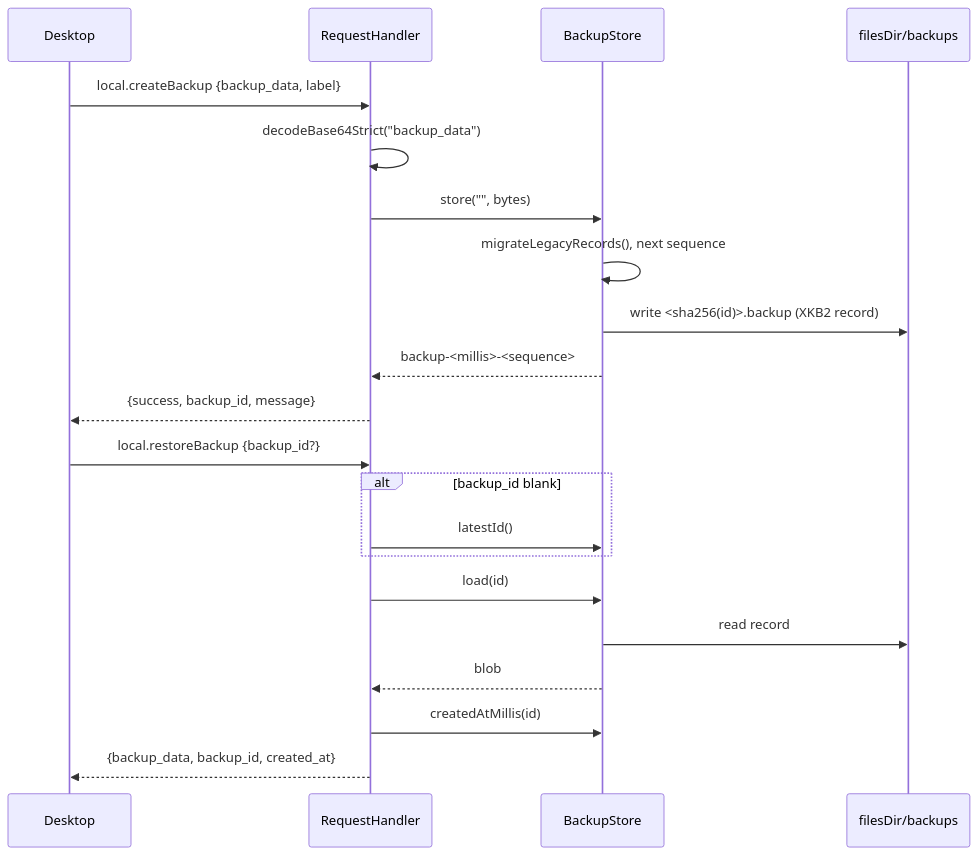
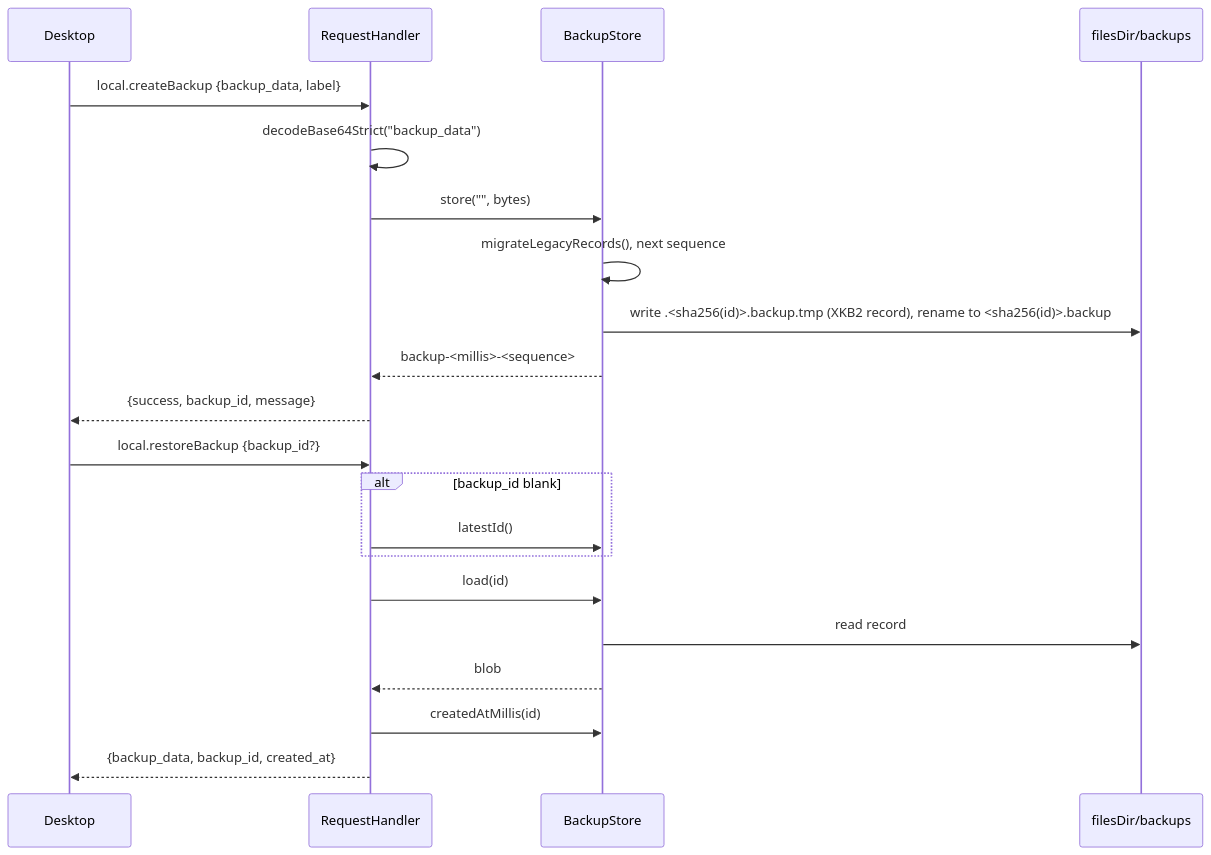
The diagram in docs/desktop-backup-store/architecture.md (jeremyhahn/xkey-android), drawn with Mermaid before and after one commit. The commit also changed other lines of this file, not shown here.

First line of the commit message:
docs(backup): the write and failure rules of the backup store

````diff
--- a/docs/desktop-backup-store/architecture.md
+++ b/docs/desktop-backup-store/architecture.md
@@ -86,25 +106,25 @@
 ```mermaid
 sequenceDiagram
     participant Desk as Desktop
     participant RH as RequestHandler
     participant BS as BackupStore
     participant FS as filesDir/backups
 
     Desk->>RH: local.createBackup {backup_data, label}
     RH->>RH: decodeBase64Strict("backup_data")
     RH->>BS: store("", bytes)
     BS->>BS: migrateLegacyRecords(), next sequence
-    BS->>FS: write <sha256(id)>.backup (XKB2 record)
+    BS->>FS: write .<sha256(id)>.backup.tmp (XKB2 record), rename to <sha256(id)>.backup
     BS-->>RH: backup-<millis>-<sequence>
     RH-->>Desk: {success, backup_id, message}
 
     Desk->>RH: local.restoreBackup {backup_id?}
     alt backup_id blank
         RH->>BS: latestId()
     end
     RH->>BS: load(id)
     BS->>FS: read record
     BS-->>RH: blob
     RH->>BS: createdAtMillis(id)
     RH-->>Desk: {backup_data, backup_id, created_at}
 ```
````
